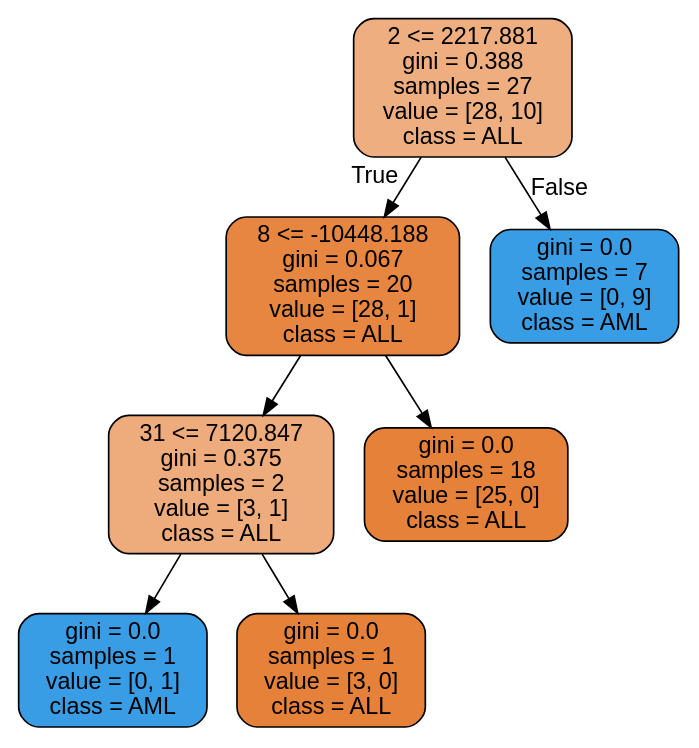
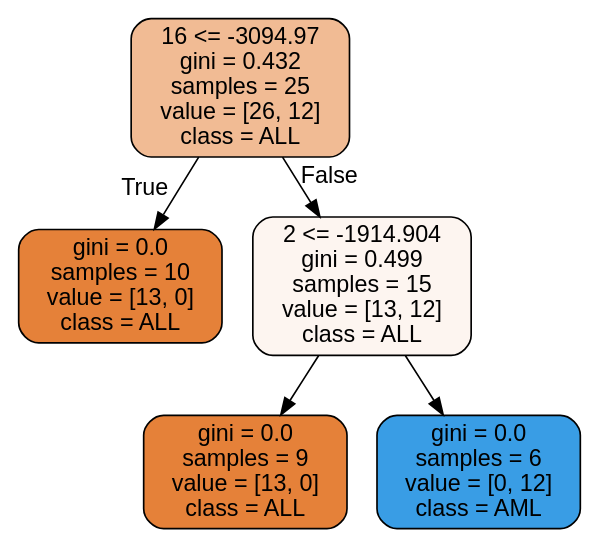
Before and after one commit to CornelisseMichael/Datamining: the diagram in project/images/random_forrest.dot, drawn with Graphviz. The commit also changed 3 other files, not shown here.

```diff
--- a/project/images/random_forrest.dot
+++ b/project/images/random_forrest.dot
@@ -1,17 +1,13 @@
 digraph Tree {
 node [shape=box, style="filled, rounded", color="black", fontname=helvetica] ;
 edge [fontname=helvetica] ;
-0 [label="2 <= 2217.881\ngini = 0.388\nsamples = 27\nvalue = [28, 10]\nclass = ALL", fillcolor="#eeae80"] ;
-1 [label="8 <= -10448.188\ngini = 0.067\nsamples = 20\nvalue = [28, 1]\nclass = ALL", fillcolor="#e68640"] ;
+0 [label="16 <= -3094.97\ngini = 0.432\nsamples = 25\nvalue = [26, 12]\nclass = ALL", fillcolor="#f1bb94"] ;
+1 [label="gini = 0.0\nsamples = 10\nvalue = [13, 0]\nclass = ALL", fillcolor="#e58139"] ;
 0 -> 1 [labeldistance=2.5, labelangle=45, headlabel="True"] ;
-2 [label="31 <= 7120.847\ngini = 0.375\nsamples = 2\nvalue = [3, 1]\nclass = ALL", fillcolor="#eeab7b"] ;
-1 -> 2 ;
-3 [label="gini = 0.0\nsamples = 1\nvalue = [0, 1]\nclass = AML", fillcolor="#399de5"] ;
+2 [label="2 <= -1914.904\ngini = 0.499\nsamples = 15\nvalue = [13, 12]\nclass = ALL", fillcolor="#fdf5f0"] ;
+0 -> 2 [labeldistance=2.5, labelangle=-45, headlabel="False"] ;
+3 [label="gini = 0.0\nsamples = 9\nvalue = [13, 0]\nclass = ALL", fillcolor="#e58139"] ;
 2 -> 3 ;
-4 [label="gini = 0.0\nsamples = 1\nvalue = [3, 0]\nclass = ALL", fillcolor="#e58139"] ;
+4 [label="gini = 0.0\nsamples = 6\nvalue = [0, 12]\nclass = AML", fillcolor="#399de5"] ;
 2 -> 4 ;
-5 [label="gini = 0.0\nsamples = 18\nvalue = [25, 0]\nclass = ALL", fillcolor="#e58139"] ;
-1 -> 5 ;
-6 [label="gini = 0.0\nsamples = 7\nvalue = [0, 9]\nclass = AML", fillcolor="#399de5"] ;
-0 -> 6 [labeldistance=2.5, labelangle=-45, headlabel="False"] ;
 }
```
